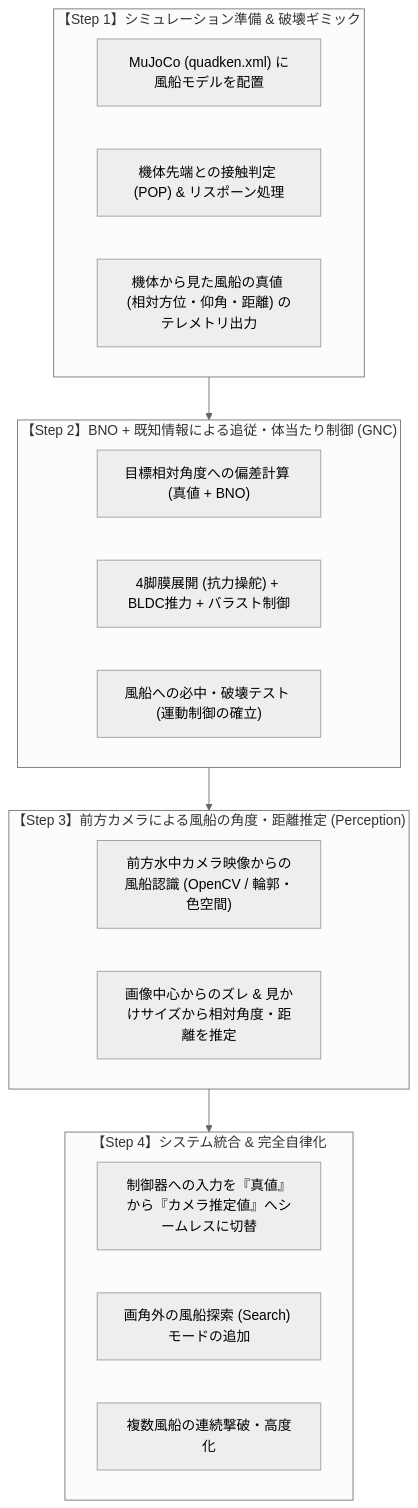
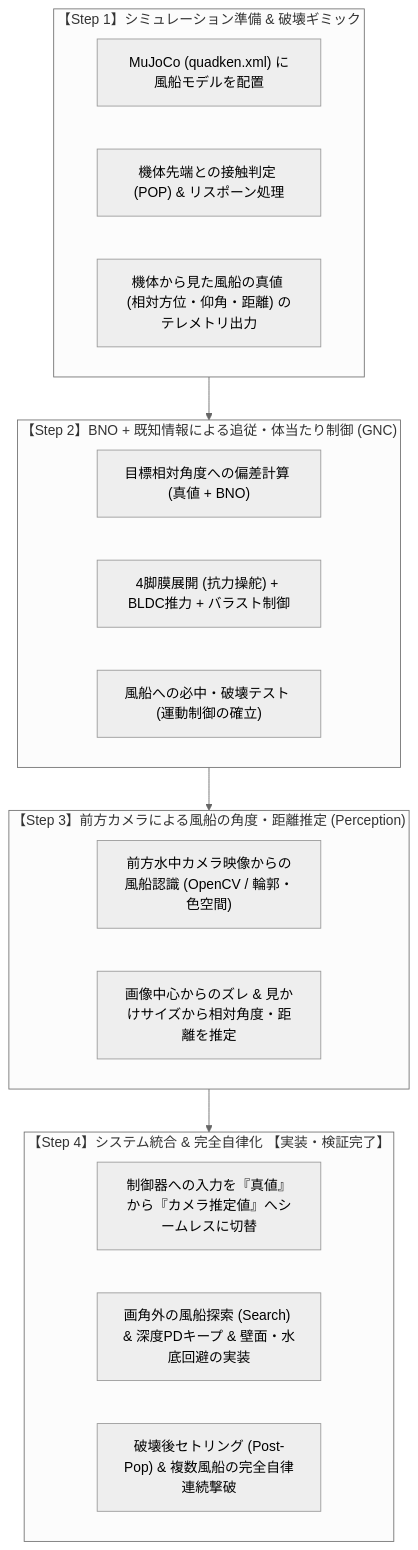
One commit to Fin79126/QuadKen_dora_v2 changed the diagram in docs/balloon_destruction_roadmap.md. Above: the diagram before and after it, drawn with Mermaid (neutral theme). The commit also changed other lines of this file and 6 other files, not shown here.

````diff
--- a/docs/balloon_destruction_roadmap.md
+++ b/docs/balloon_destruction_roadmap.md
@@ -11,27 +11,27 @@
 ```mermaid
 flowchart TD
     subgraph Step1["【Step 1】シミュレーション準備 & 破壊ギミック"]
         S1_1["MuJoCo (quadken.xml) に風船モデルを配置"]
         S1_2["機体先端との接触判定 (POP) & リスポーン処理"]
         S1_3["機体から見た風船の真値 (相対方位・仰角・距離) のテレメトリ出力"]
     end
 
     subgraph Step2["【Step 2】BNO + 既知情報による追従・体当たり制御 (GNC)"]
         S2_1["目標相対角度への偏差計算 (真値 + BNO)"]
         S2_2["4脚膜展開 (抗力操舵) + BLDC推力 + バラスト制御"]
         S2_3["風船への必中・破壊テスト (運動制御の確立)"]
     end
 
     subgraph Step3["【Step 3】前方カメラによる風船の角度・距離推定 (Perception)"]
         S3_1["前方水中カメラ映像からの風船認識 (OpenCV / 輪郭・色空間)"]
         S3_2["画像中心からのズレ & 見かけサイズから相対角度・距離を推定"]
     end
 
-    subgraph Step4["【Step 4】システム統合 & 完全自律化"]
+    subgraph Step4["【Step 4】システム統合 & 完全自律化 【実装・検証完了】"]
         S4_1["制御器への入力を『真値』から『カメラ推定値』へシームレスに切替"]
-        S4_2["画角外の風船探索 (Search) モードの追加"]
-        S4_3["複数風船の連続撃破・高度化"]
+        S4_2["画角外の風船探索 (Search) & 深度PDキープ & 壁面・水底回避の実装"]
+        S4_3["破壊後セトリング (Post-Pop) & 複数風船の完全自律連続撃破"]
     end
 
     Step1 --> Step2 --> Step3 --> Step4
 ```
````
